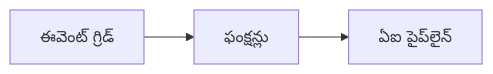
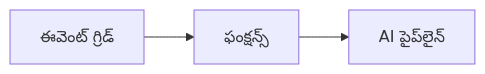
One commit to microsoft/AZD-for-beginners changed the second of 2 diagrams in translations/te/docs/chapter-08-production/README.md. Above: the diagram before and after it, drawn with Mermaid. The commit also changed other lines of this file and 5 other files, not shown here.

````diff
--- a/translations/te/docs/chapter-08-production/README.md
+++ b/translations/te/docs/chapter-08-production/README.md
@@ -57,4 +57,4 @@
 ```mermaid
 graph LR
-    EventGrid[ఈవెంట్ గ్రిడ్] --> Functions[ఫంక్షన్లు] --> Pipeline[ఏఐ పైప్‌లైన్]
+    EventGrid[ఈవెంట్ గ్రిడ్] --> Functions[ఫంక్షన్స్] --> Pipeline[AI పైప్‌లైన్]
 ```
````
